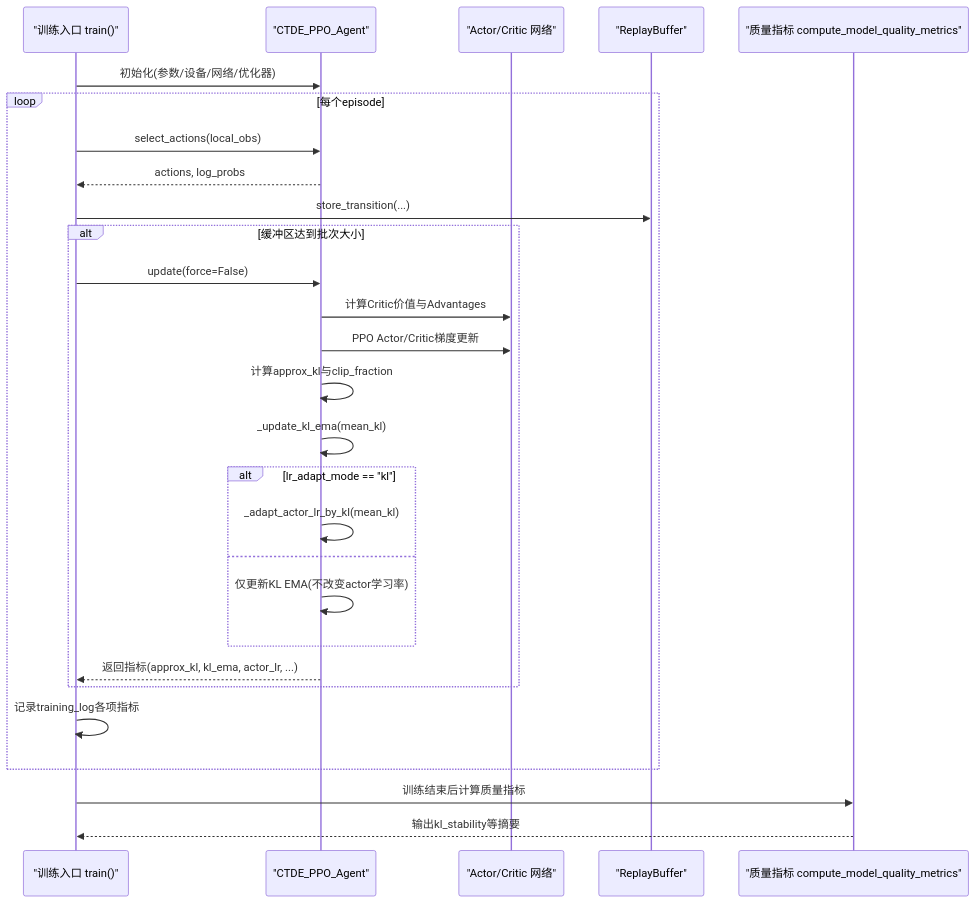
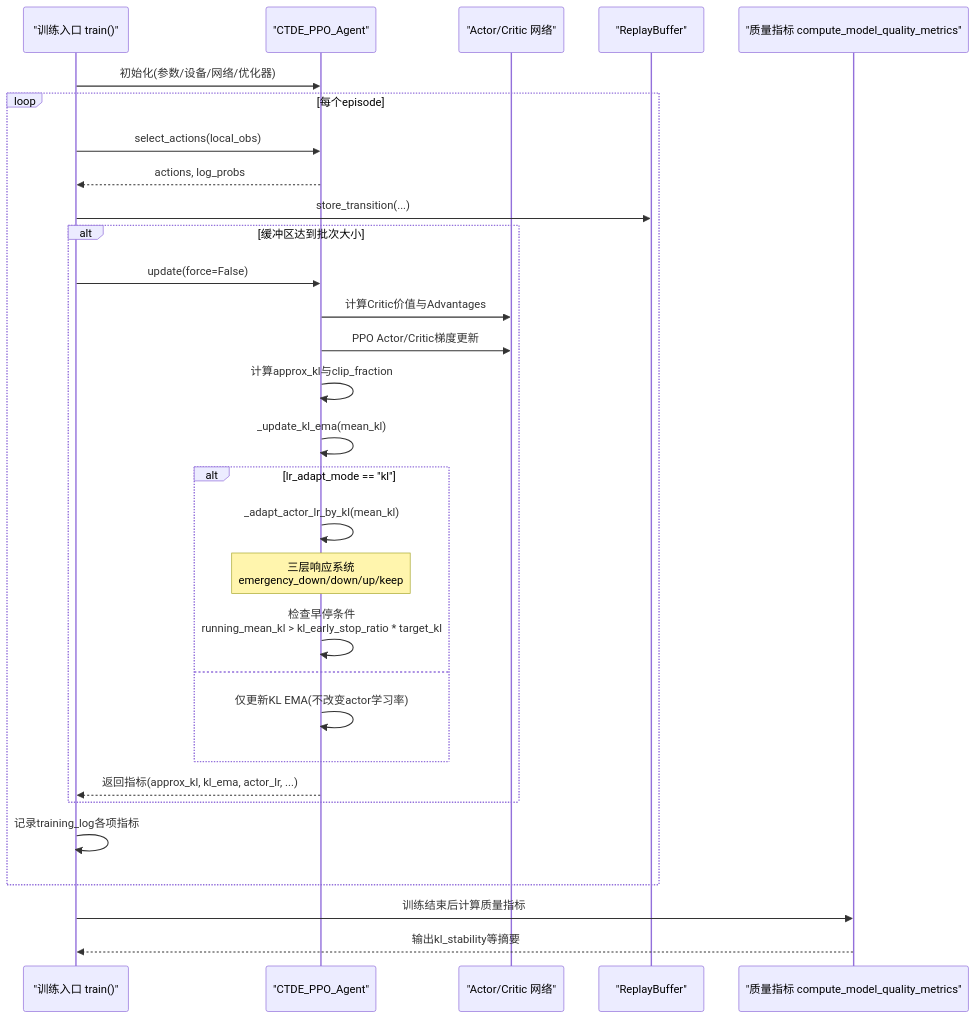
The second of 4 diagrams in .qoder/repowiki/zh/content/项目概述/核心功能特性/CTDE-PPO算法实现/PPO算法核心实现/KL散度监控与自适应学习率.md (xixi10001/self_Adaptive), drawn with Mermaid before and after one commit. The commit also changed other lines of this file and 94 other files, not shown here.

````diff
--- a/.qoder/repowiki/zh/content/项目概述/核心功能特性/CTDE-PPO算法实现/PPO算法核心实现/KL散度监控与自适应学习率.md
+++ b/.qoder/repowiki/zh/content/项目概述/核心功能特性/CTDE-PPO算法实现/PPO算法核心实现/KL散度监控与自适应学习率.md
@@ -69,30 +79,32 @@
 ```mermaid
 sequenceDiagram
 participant T as "训练入口 train()"
 participant A as "CTDE_PPO_Agent"
 participant N as "Actor/Critic 网络"
 participant R as "ReplayBuffer"
 participant Q as "质量指标 compute_model_quality_metrics"
 T->>A : 初始化(参数/设备/网络/优化器)
 loop 每个episode
 T->>A : select_actions(local_obs)
 A-->>T : actions, log_probs
 T->>R : store_transition(...)
 alt 缓冲区达到批次大小
 T->>A : update(force=False)
 A->>N : 计算Critic价值与Advantages
 A->>N : PPO Actor/Critic梯度更新
 A->>A : 计算approx_kl与clip_fraction
 A->>A : _update_kl_ema(mean_kl)
 alt lr_adapt_mode == "kl"
 A->>A : _adapt_actor_lr_by_kl(mean_kl)
+Note over A : 三层响应系统<br/>emergency_down/down/up/keep
+A->>A : 检查早停条件<br/>running_mean_kl > kl_early_stop_ratio * target_kl
 else
 A->>A : 仅更新KL EMA(不改变actor学习率)
 end
 A-->>T : 返回指标(approx_kl, kl_ema, actor_lr, ...)
 end
 T->>T : 记录training_log各项指标
 end
 T->>Q : 训练结束后计算质量指标
 Q-->>T : 输出kl_stability等摘要
 ```
````
